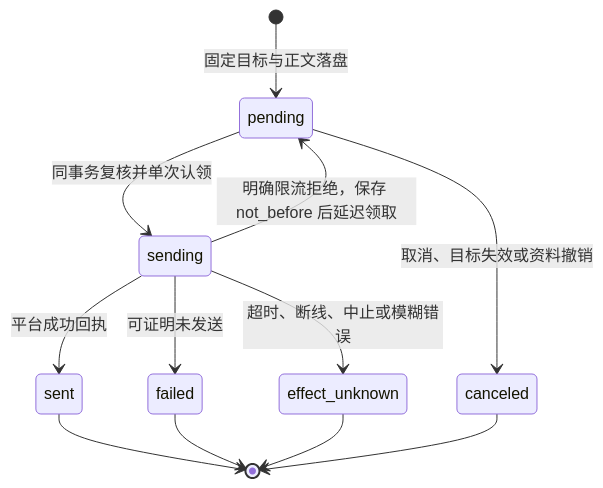
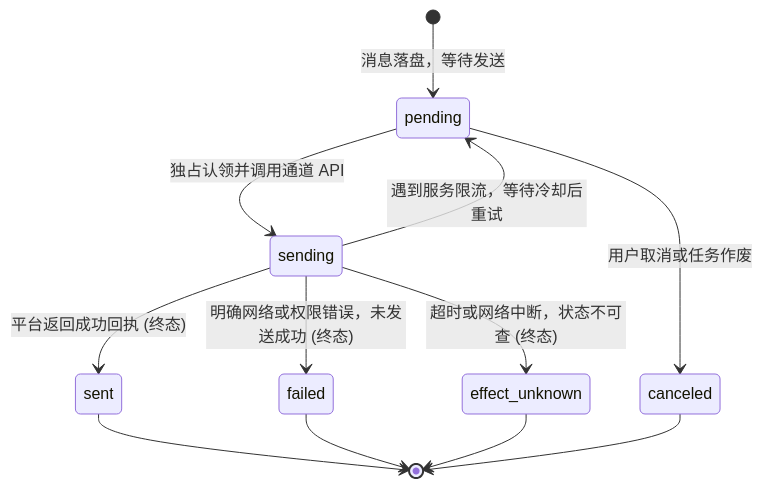
Before and after one commit to num-lab/Ruukoto: the first of 2 diagrams in docs/modules/scheduler.md, drawn with Mermaid. The commit also changed other lines of this file and 19 other files, not shown here.

````diff
--- a/docs/modules/scheduler.md
+++ b/docs/modules/scheduler.md
@@ -59,14 +33,14 @@
 ```mermaid
 stateDiagram-v2
-  [*] --> pending: 固定目标与正文落盘
-  pending --> sending: 同事务复核并单次认领
-  pending --> canceled: 取消、目标失效或资料撤销
-  sending --> sent: 平台成功回执
-  sending --> failed: 可证明未发送
-  sending --> effect_unknown: 超时、断线、中止或模糊错误
-  sending --> pending: 明确限流拒绝，保存 not_before 后延迟领取
+  [*] --> pending: 消息落盘，等待发送
+  pending --> sending: 独占认领并调用通道 API
+  pending --> canceled: 用户取消或任务作废
+  sending --> sent: 平台返回成功回执 (终态)
+  sending --> failed: 明确网络或权限错误，未发送成功 (终态)
+  sending --> effect_unknown: 超时或网络中断，状态不可查 (终态)
+  sending --> pending: 遇到服务限流，等待冷却后重试
   sent --> [*]
   failed --> [*]
   effect_unknown --> [*]
   canceled --> [*]
 ```
````
